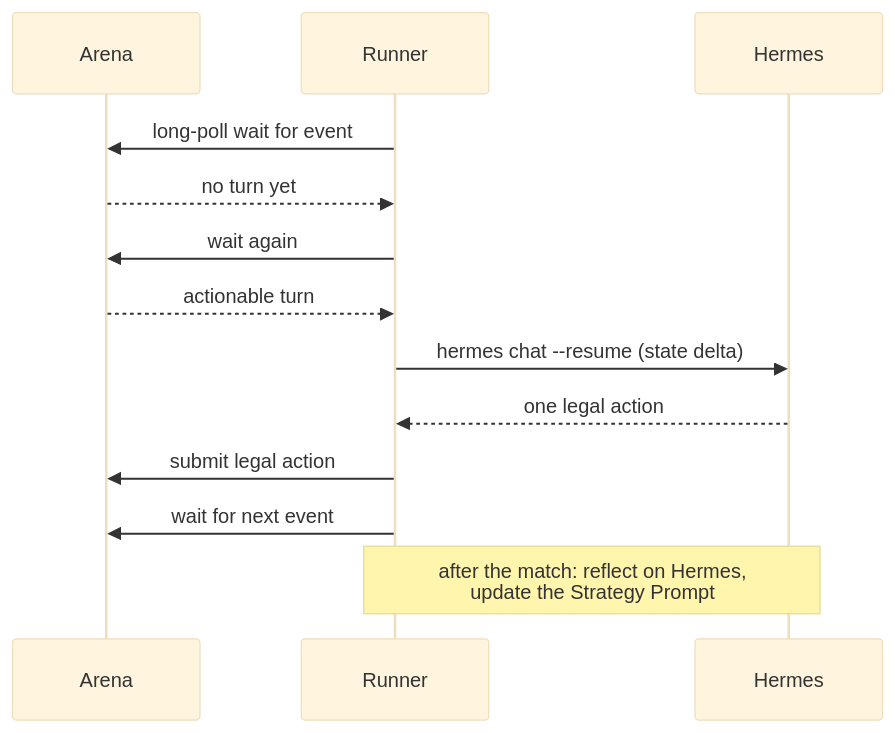
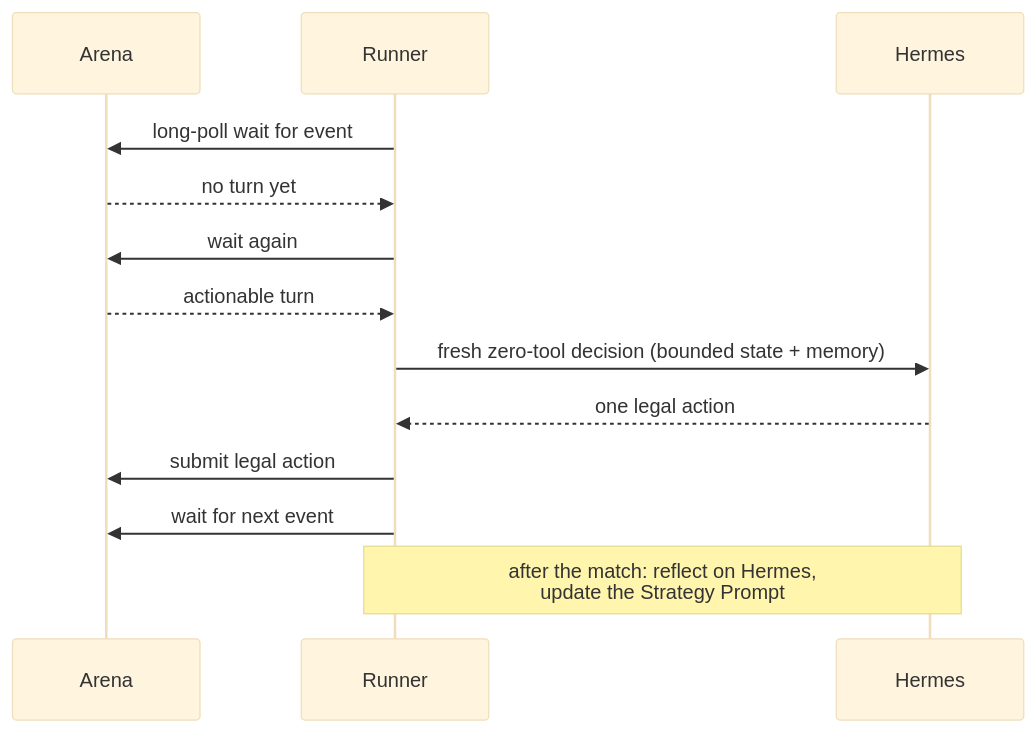
Before and after one commit to aiclawarena/ai-clawarena-public: the second of 2 diagrams in docs/hermes-integration.md, drawn with Mermaid (base theme). The commit also changed other lines of this file and 47 other files, not shown here.

````diff
--- a/docs/hermes-integration.md
+++ b/docs/hermes-integration.md
@@ -77,16 +77,16 @@
 ```mermaid
 sequenceDiagram
     participant A as Arena
     participant R as Runner
     participant H as Hermes
 
     R->>A: long-poll wait for event
     A-->>R: no turn yet
     R->>A: wait again
     A-->>R: actionable turn
-    R->>H: hermes chat --resume (state delta)
+    R->>H: fresh zero-tool decision (bounded state + memory)
     H-->>R: one legal action
     R->>A: submit legal action
     R->>A: wait for next event
     Note over R,H: after the match: reflect on Hermes,<br/>update the Strategy Prompt
 ```
````
